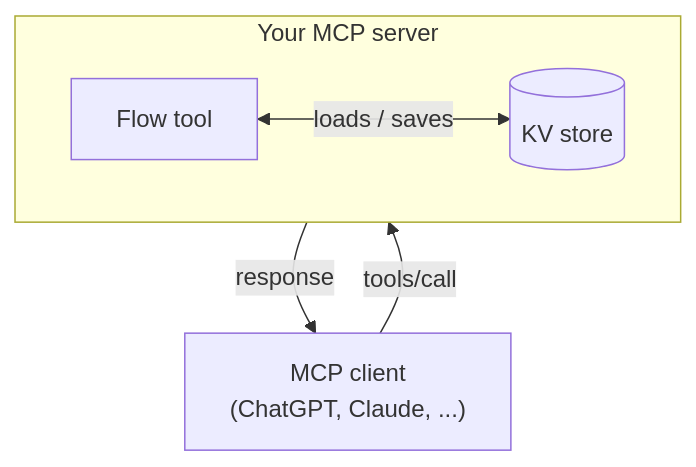
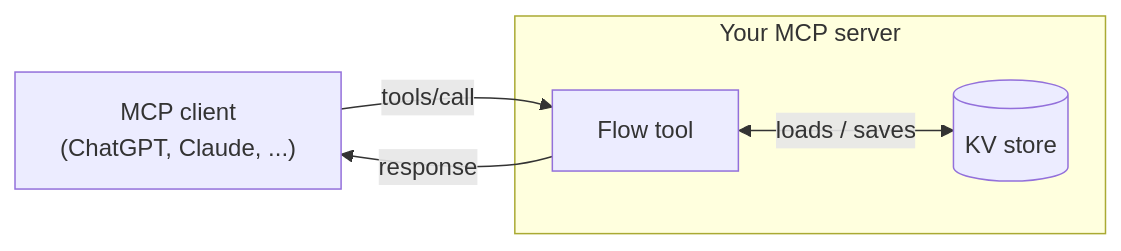
The first of 3 diagrams in docs/flows/architecture.mdx (WaniWani-AI/sdk), drawn with Mermaid before and after one commit. The commit also changed 1 other file, not shown here.

Commit message:
docs(flows): revert pieces diagram to LR layout, fix overview drift
The flowchart TB attempt made the pieces diagram worse — switch back to
LR. Mintlify's bottom-right controls may still overlap the KV store,
but the original layout reads better otherwise.

Overview page: drop the "MCP tools are stateless" sweeping claim that
contradicts the architecture page's stateful/stateless framing; fix the
minimal flow example to pass `MemoryKvStore` so it actually compiles
(per the engine's require-a-store rule); add an Architecture card to
"What to read next" so readers landing on the overview can step into the
execution-model deep dive.

````diff
--- a/docs/flows/architecture.mdx
+++ b/docs/flows/architecture.mdx
@@ -12,12 +12,11 @@
 ```mermaid
-flowchart TB
+flowchart LR
     Client["MCP client<br/>(ChatGPT, Claude, ...)"]
     subgraph Server["Your MCP server"]
-      direction LR
       Tool["Flow tool"]
       KV[("KV store")]
       Tool <-->|loads / saves| KV
     end
     Client -->|tools/call| Tool
     Tool -->|response| Client
 ```
````
